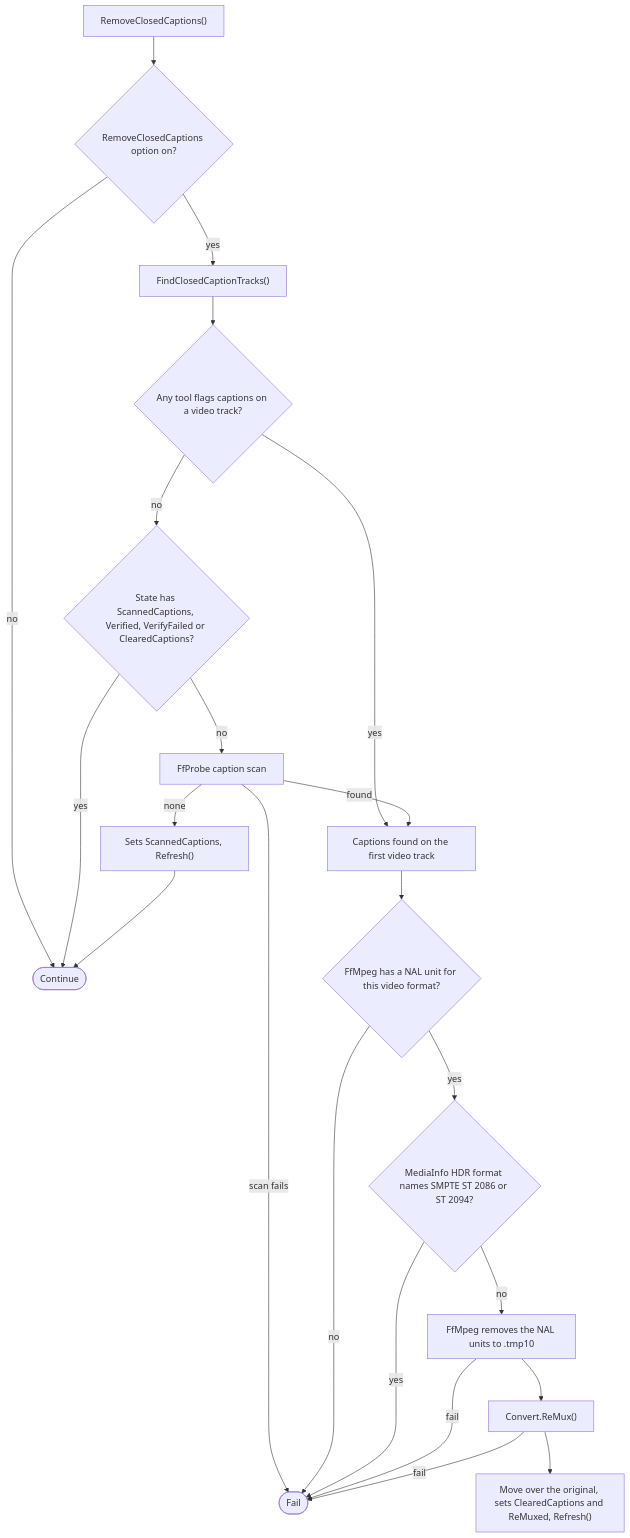
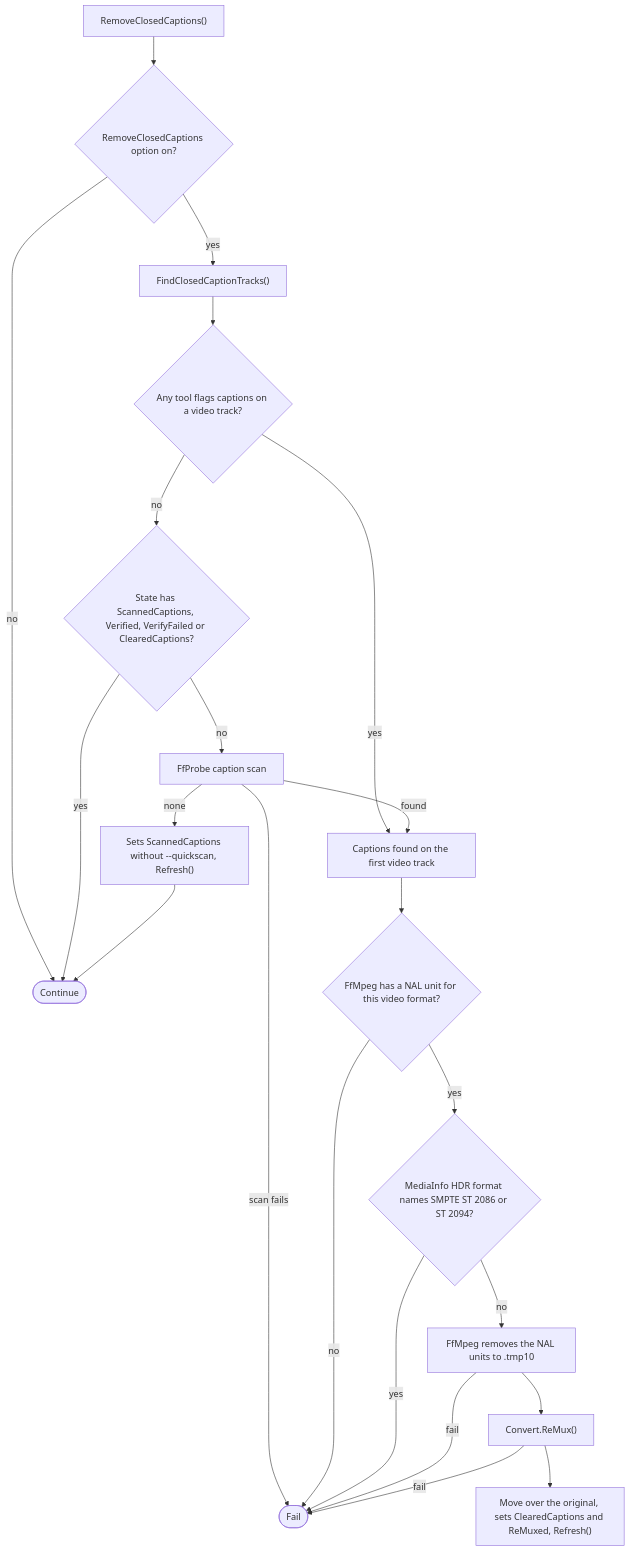
The seventh of 11 diagrams in ARCHITECTURE.md (ptr727/PlexCleaner), drawn with Mermaid before and after one commit. The commit also changed other lines of this file and 3 other files, not shown here.

````diff
--- a/ARCHITECTURE.md
+++ b/ARCHITECTURE.md
@@ -516,24 +516,24 @@
 ```mermaid
 flowchart TD
   A0["RemoveClosedCaptions()"] --> A1{"RemoveClosedCaptions option on?"}
   A1 -->|no| AOK(["Continue"])
   A1 -->|yes| F0["FindClosedCaptionTracks()"]
   F0 --> F1{"Any tool flags captions on a video track?"}
   F1 -->|yes| FOUND
   F1 -->|no| F2{"State has ScannedCaptions, Verified, VerifyFailed or ClearedCaptions?"}
   F2 -->|yes| AOK
   F2 -->|no| F3["FfProbe caption scan"]
   F3 -->|scan fails| FAIL(["Fail"])
-  F3 -->|none| F4["Sets ScannedCaptions, Refresh()"]
+  F3 -->|none| F4["Sets ScannedCaptions without --quickscan, Refresh()"]
   F4 --> AOK
   F3 -->|found| FOUND["Captions found on the first video track"]
   FOUND --> C1{"FfMpeg has a NAL unit for this video format?"}
   C1 -->|no| FAIL
   C1 -->|yes| C2{"MediaInfo HDR format names SMPTE ST 2086 or ST 2094?"}
   C2 -->|yes| FAIL
   C2 -->|no| C3["FfMpeg removes the NAL units to .tmp10"]
   C3 -->|fail| FAIL
   C3 --> C4["Convert.ReMux()"]
   C4 -->|fail| FAIL
   C4 --> C5["Move over the original, sets ClearedCaptions and ReMuxed, Refresh()"]
 ```
````
